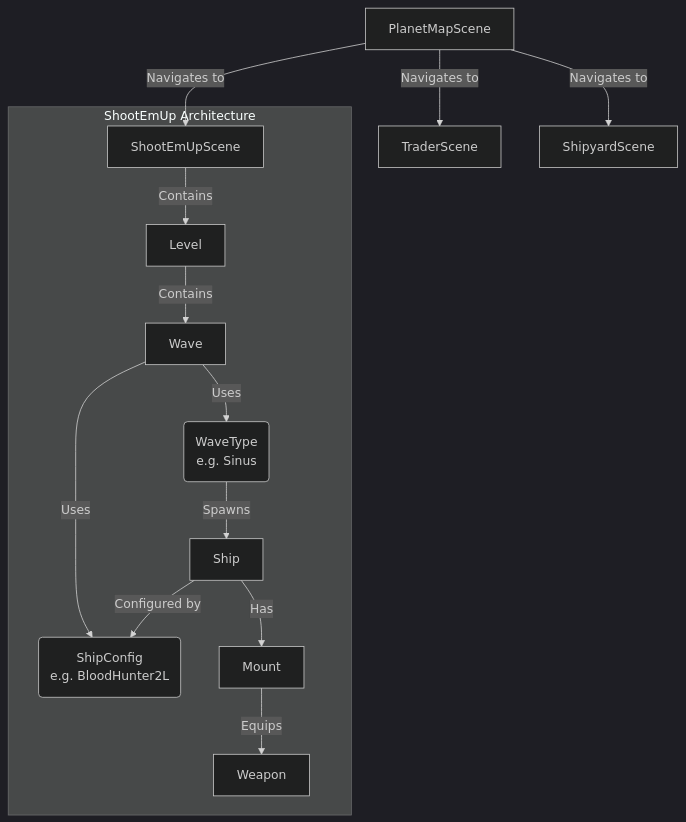
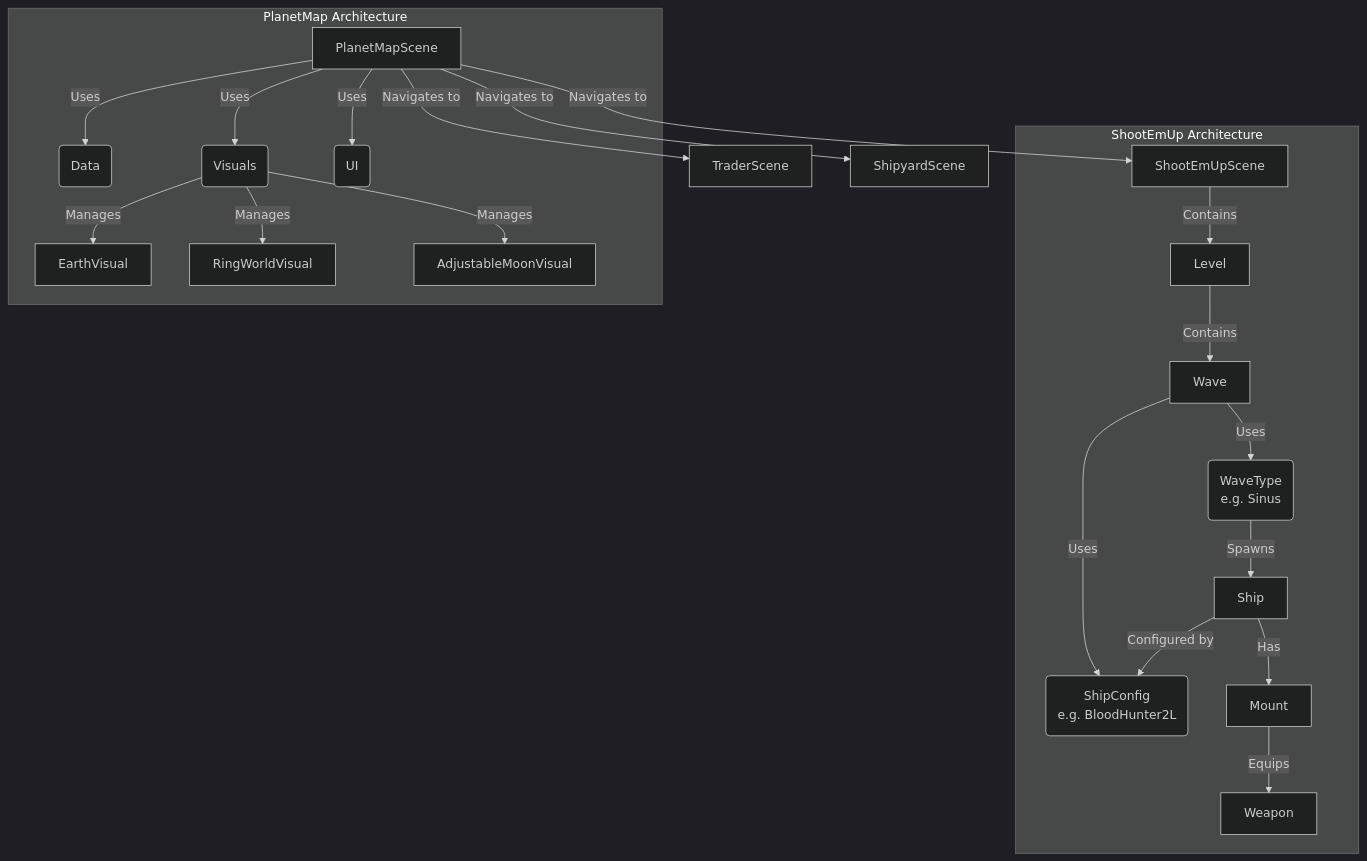
The diagram in README.md (pkcpkc/laser-phaser), drawn with Mermaid (dark theme) before and after one commit. The commit also changed 28 other files, not shown here.

Commit message:
refactor: modularize PlanetMapScene with dedicated registry, visuals, and interaction managers, and add new artwork and ship configurations.

````diff
--- a/README.md
+++ b/README.md
@@ -37,17 +37,26 @@
 ```mermaid
 graph TD
     PlanetMapScene --> |Navigates to| ShootEmUpScene
     PlanetMapScene --> |Navigates to| TraderScene
     PlanetMapScene --> |Navigates to| ShipyardScene
     
     subgraph ShootEmUp Architecture
         ShootEmUpScene --> |Contains| Level
         Level --> |Contains| Wave
         Wave --> |Uses| WaveType(WaveType<br/>e.g. Sinus)
         Wave --> |Uses| ShipConfig(ShipConfig<br/>e.g. BloodHunter2L)
         WaveType --> |Spawns| Ship
         Ship --> |Configured by| ShipConfig
         Ship --> |Has| Mount
         Mount --> |Equips| Weapon
     end
+
+    subgraph PlanetMap Architecture
+        PlanetMapScene --> |Uses| PlanetRegistry(Data)
+        PlanetMapScene --> |Uses| PlanetVisuals(Visuals)
+        PlanetMapScene --> |Uses| MapInteractionManager(UI)
+        PlanetVisuals --> |Manages| EarthVisual
+        PlanetVisuals --> |Manages| RingWorldVisual
+        PlanetVisuals --> |Manages| AdjustableMoonVisual
+    end
 ```
````
